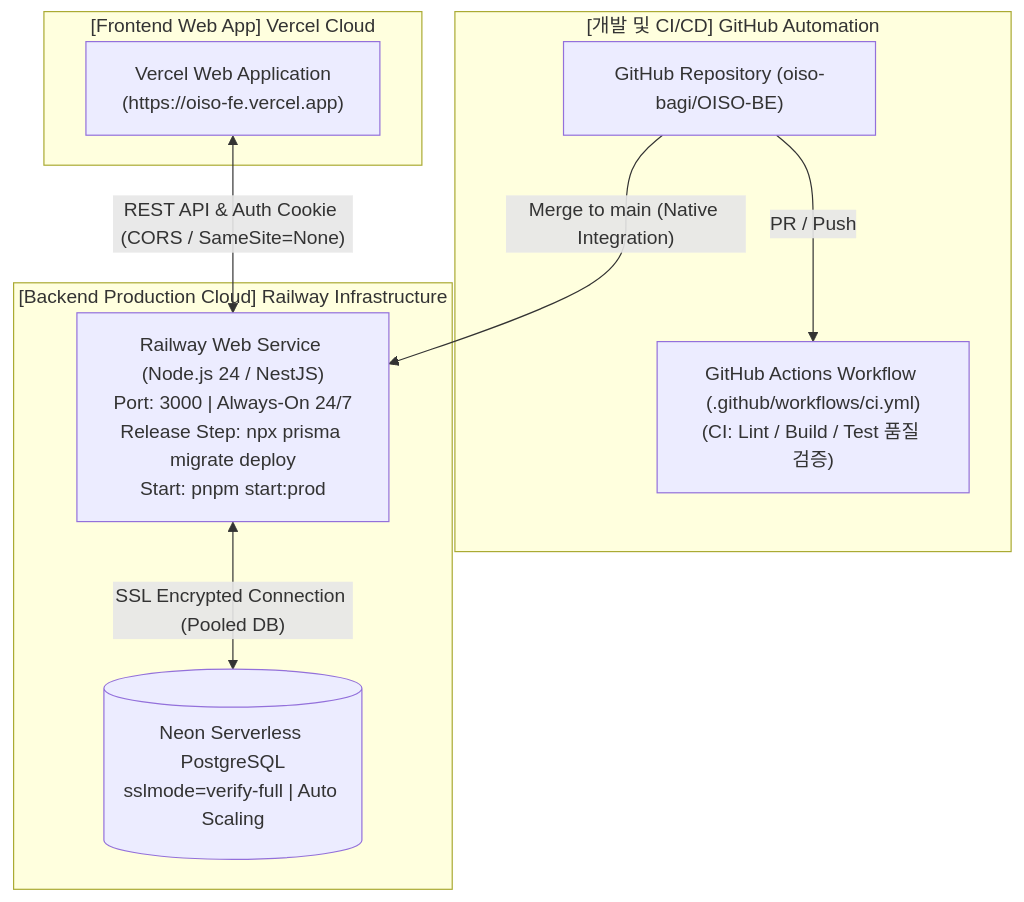
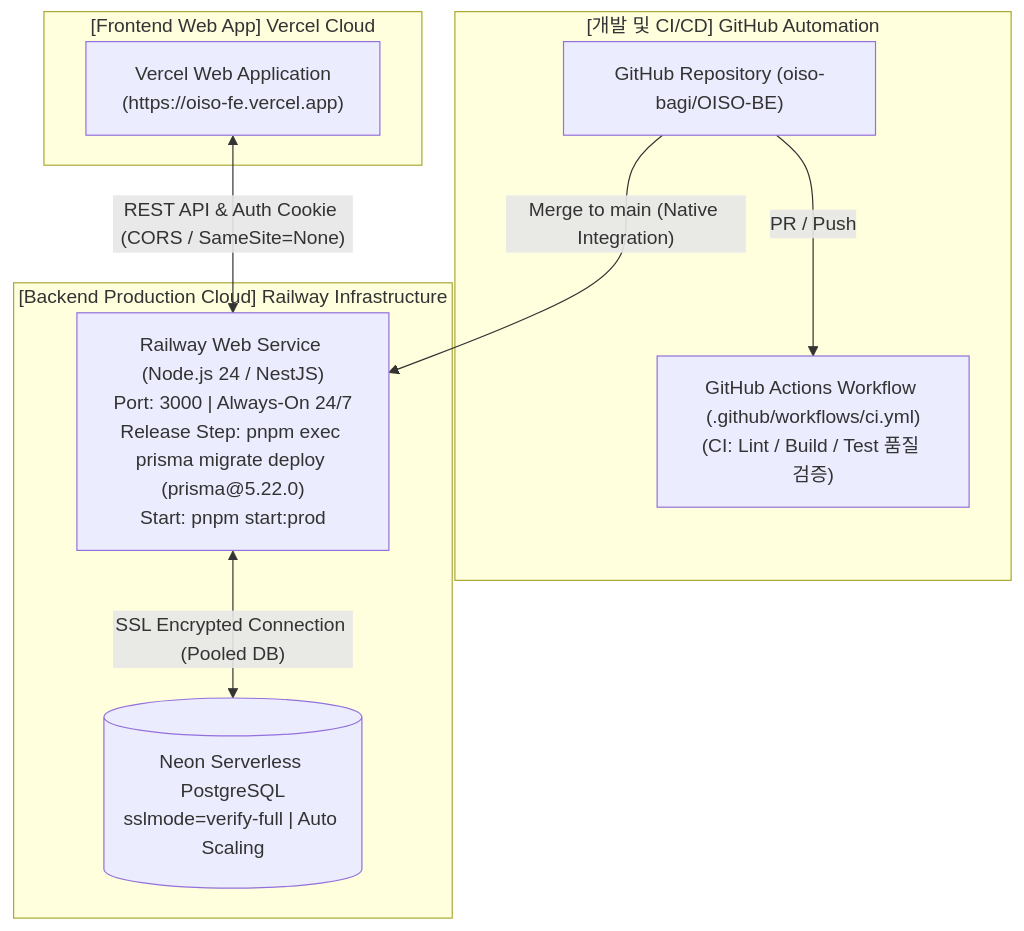
One commit to oiso-bagi/OISO-BE changed the diagram in docs/infrastructure-architecture.md. Above: the diagram before and after it, drawn with Mermaid. The commit also changed other lines of this file and 2 other files, not shown here.

````diff
--- a/docs/infrastructure-architecture.md
+++ b/docs/infrastructure-architecture.md
@@ -12,21 +12,21 @@
 ```mermaid
 flowchart TD
     subgraph Frontend["[Frontend Web App] Vercel Cloud"]
         VercelApp["Vercel Web Application<br/>(https://oiso-fe.vercel.app)"]
     end
 
     subgraph Developer["[개발 및 CI/CD] GitHub Automation"]
         GitRepo["GitHub Repository (oiso-bagi/OISO-BE)"]
         Actions["GitHub Actions Workflow (.github/workflows/ci.yml)<br/>(CI: Lint / Build / Test 품질 검증)"]
     end
 
     subgraph Production["[Backend Production Cloud] Railway Infrastructure"]
-        RailwayServer["Railway Web Service (Node.js 24 / NestJS)<br/>Port: 3000 | Always-On 24/7<br/>Release Step: npx prisma migrate deploy<br/>Start: pnpm start:prod"]
+        RailwayServer["Railway Web Service (Node.js 24 / NestJS)<br/>Port: 3000 | Always-On 24/7<br/>Release Step: pnpm exec prisma migrate deploy (prisma@5.22.0)<br/>Start: pnpm start:prod"]
         NeonDB[("Neon Serverless PostgreSQL<br/>sslmode=verify-full | Auto Scaling")]
     end
 
     VercelApp <-->|"REST API & Auth Cookie (CORS / SameSite=None)"| RailwayServer
     GitRepo -->|"PR / Push"| Actions
     GitRepo -->|"Merge to main (Native Integration)"| RailwayServer
     RailwayServer <-->|"SSL Encrypted Connection (Pooled DB)"| NeonDB
 ```
````
